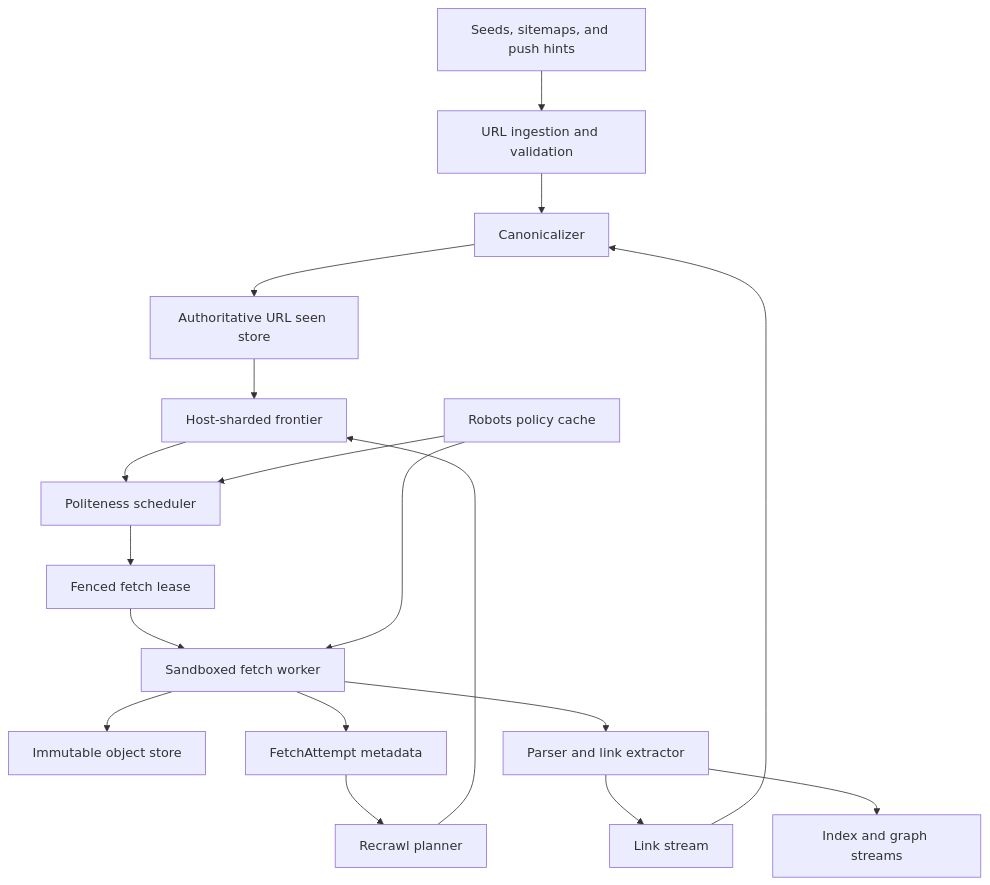
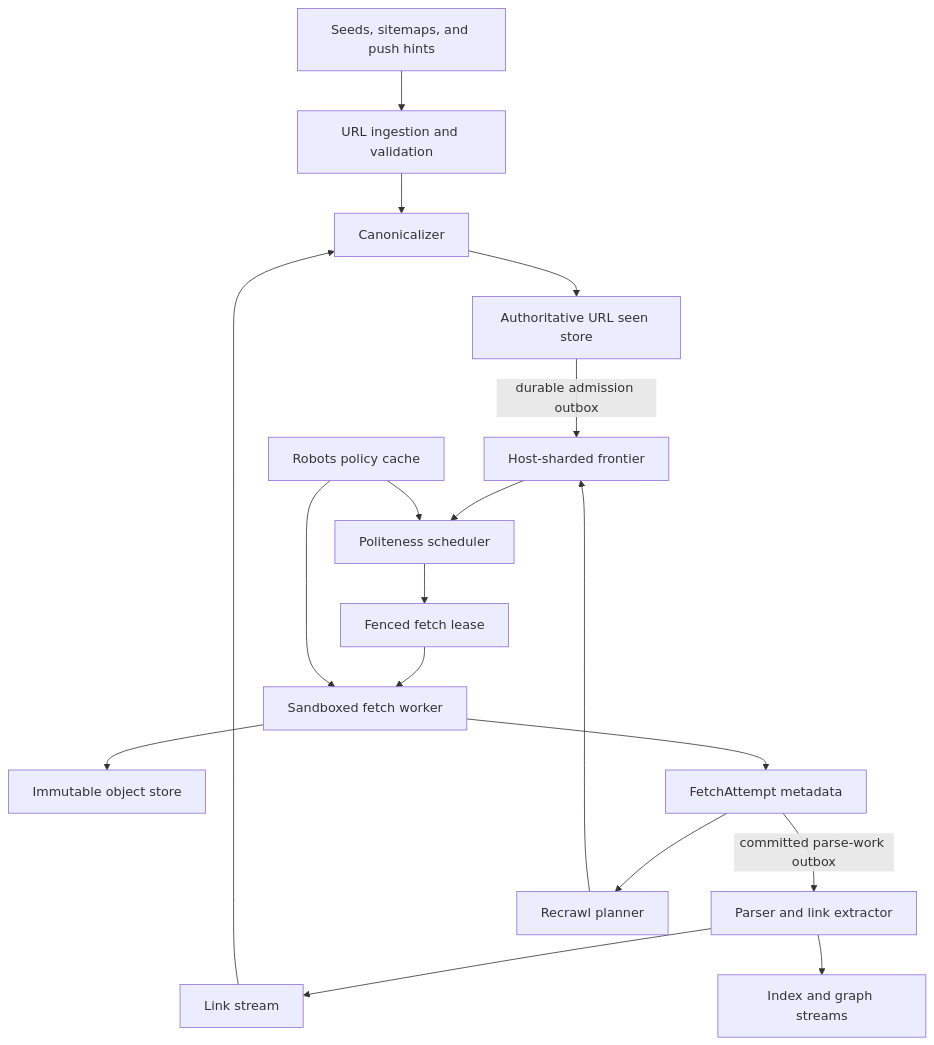
One commit to Pranshu258/system-design changed the second of 5 diagrams in web-crawler-system-design.md. Above: the diagram before and after it, drawn with Mermaid. The commit also changed other lines of this file and 23 other files, not shown here.

````diff
--- a/web-crawler-system-design.md
+++ b/web-crawler-system-design.md
@@ -165,20 +165,20 @@
 ```mermaid
 flowchart TD
     Seeds["Seeds, sitemaps, and push hints"] --> Ingest["URL ingestion and validation"]
     Ingest --> Canon["Canonicalizer"]
     Canon --> Seen["Authoritative URL seen store"]
-    Seen --> Frontier["Host-sharded frontier"]
+    Seen -->|"durable admission outbox"| Frontier["Host-sharded frontier"]
     Frontier --> Scheduler["Politeness scheduler"]
     Scheduler --> Lease["Fenced fetch lease"]
     Lease --> Fetcher["Sandboxed fetch worker"]
     Fetcher --> Raw["Immutable object store"]
     Fetcher --> Attempts["FetchAttempt metadata"]
-    Fetcher --> Parser["Parser and link extractor"]
+    Attempts -->|"committed parse-work outbox"| Parser["Parser and link extractor"]
     Parser --> Links["Link stream"]
     Links --> Canon
     Parser --> Index["Index and graph streams"]
     Attempts --> Planner["Recrawl planner"]
     Planner --> Frontier
     Robots["Robots policy cache"] --> Scheduler
     Robots --> Fetcher
 ```
````
